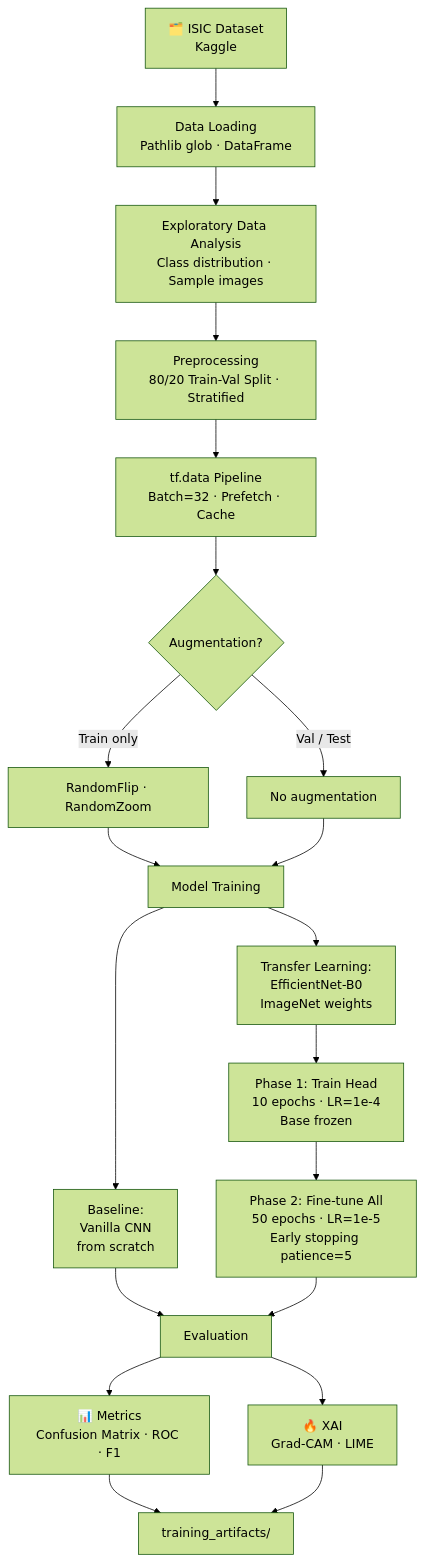
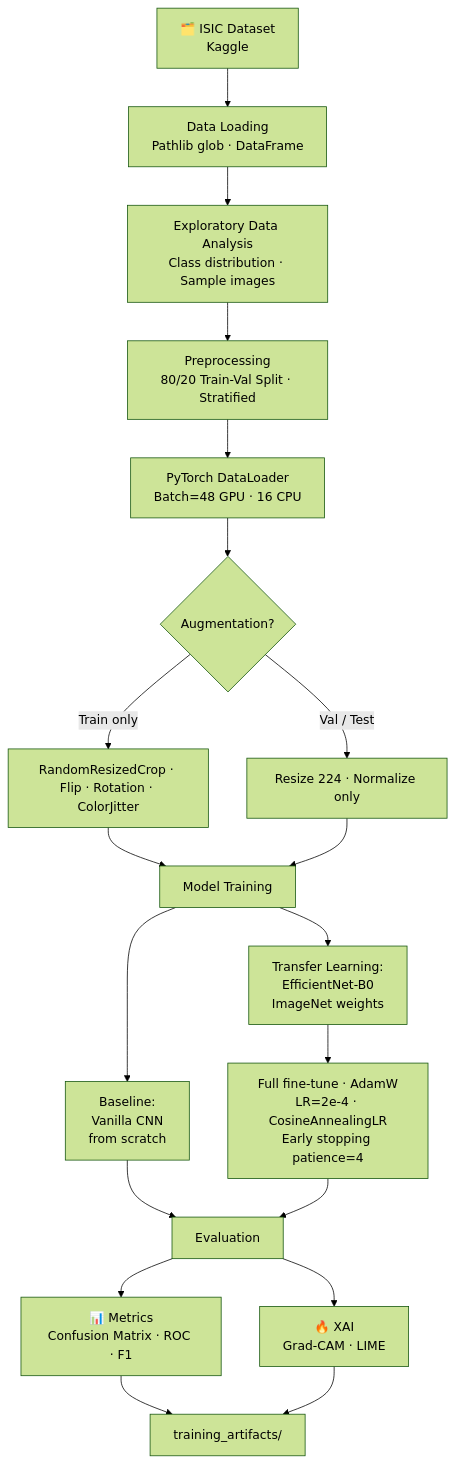
The first of 8 diagrams in README.md (elewashy/skin-cancer-efficientnet-xai), drawn with Mermaid (forest theme) before and after one commit. The commit also changed other lines of this file and 2 other files, not shown here.

````diff
--- a/README.md
+++ b/README.md
@@ -49,28 +51,27 @@
 ```mermaid
 flowchart TD
     A[🗂️ ISIC Dataset\nKaggle] --> B[Data Loading\nPathlib glob · DataFrame]
     B --> C[Exploratory Data Analysis\nClass distribution · Sample images]
     C --> D[Preprocessing\n80/20 Train-Val Split · Stratified]
-    D --> E[tf.data Pipeline\nBatch=32 · Prefetch · Cache]
+    D --> E[PyTorch DataLoader\nBatch=48 GPU · 16 CPU]
     E --> F{Augmentation?}
-    F -- Train only --> G[RandomFlip · RandomZoom]
-    F -- Val / Test --> H[No augmentation]
+    F -- Train only --> G[RandomResizedCrop · Flip · Rotation · ColorJitter]
+    F -- Val / Test --> H[Resize 224 · Normalize only]
     G --> I
     H --> I
 
     I[Model Training]
     I --> J[Baseline:\nVanilla CNN\nfrom scratch]
     I --> K[Transfer Learning:\nEfficientNet-B0\nImageNet weights]
 
-    K --> L[Phase 1: Train Head\n10 epochs · LR=1e-4\nBase frozen]
-    L --> M[Phase 2: Fine-tune All\n50 epochs · LR=1e-5\nEarly stopping patience=5]
+    K --> L[Full fine-tune · AdamW\nLR=2e-4 · CosineAnnealingLR\nEarly stopping patience=4]
 
     J --> N[Evaluation]
-    M --> N
+    L --> N
 
     N --> O[📊 Metrics\nConfusion Matrix · ROC · F1]
     N --> P[🔥 XAI\nGrad-CAM · LIME]
 
     O --> Q[training_artifacts/]
     P --> Q
 ```
````
